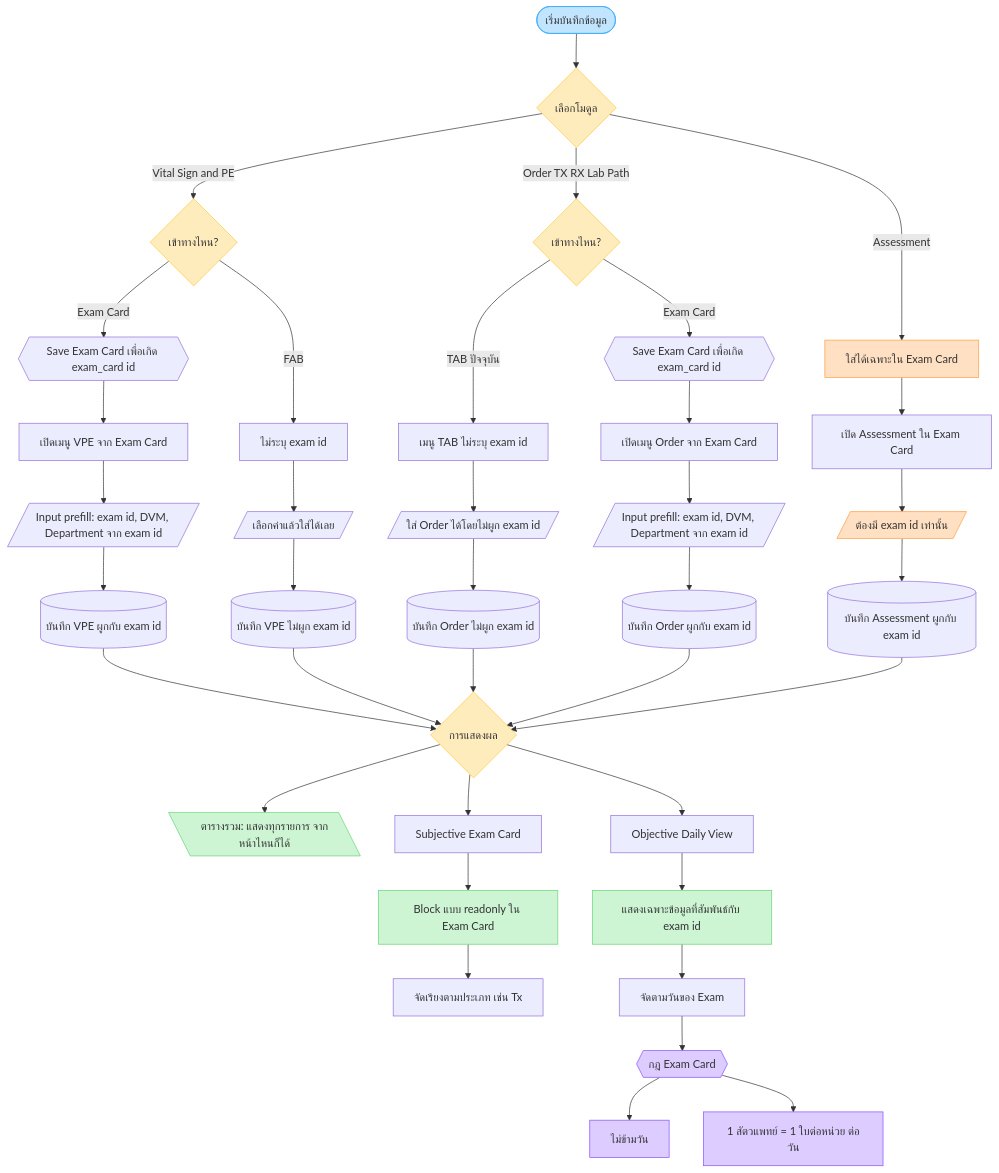
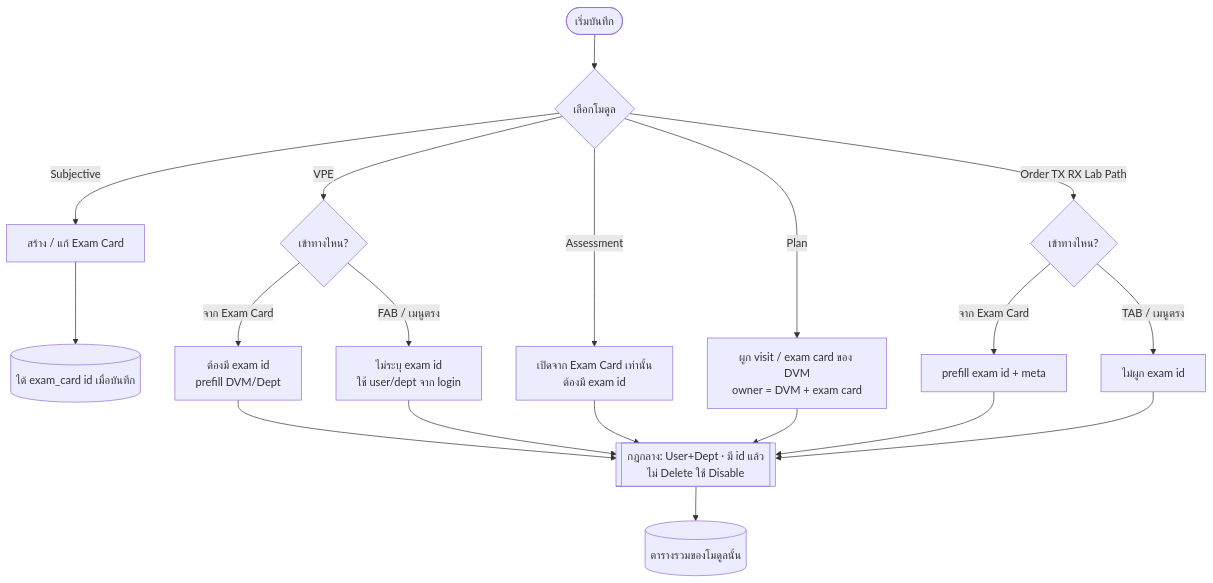
The fourth of 5 diagrams in NP/exam_card_logic_flowchart.md (imnipon/kahis), drawn with Mermaid before and after one commit. The commit also changed other lines of this file and 2 other files, not shown here.

First line of the commit message:
Update Exam Card workflow doc with system rules and mock conventions.

````diff
--- a/NP/exam_card_logic_flowchart.md
+++ b/NP/exam_card_logic_flowchart.md
@@ -5,64 +177,20 @@
 ```mermaid
 flowchart TD
-  start([เริ่มบันทึกข้อมูล]) --> chooseModule{เลือกโมดูล}
+  start([เริ่มบันทึก]) --> choose{เลือกโมดูล}
 
-  chooseModule -->|Vital Sign and PE| vpeEntry{เข้าทางไหน?}
-  chooseModule -->|Order TX RX Lab Path| orderEntry{เข้าทางไหน?}
-  chooseModule -->|Assessment| assessOnly[ใส่ได้เฉพาะใน Exam Card]
+  choose -->|Subjective| sub[สร้าง / แก้ Exam Card]
+  sub --> ecId[(ได้ exam_card id เมื่อบันทึก)]
 
-  %% VPE
-  vpeEntry -->|Exam Card| vpeSave{{Save Exam Card เพื่อเกิด exam_card id}}
-  vpeSave --> vpeOpen[เปิดเมนู VPE จาก Exam Card]
-  vpeOpen --> vpePrefill[/Input prefill: exam id, DVM, Department จาก exam id/]
-  vpePrefill --> vpeSaveData[(บันทึก VPE ผูกกับ exam id)]
+  choose -->|VPE| vpeIn{เข้าทางไหน?}
+  vpeIn -->|จาก Exam Card| vpeEc[ต้องมี exam id<br/>prefill DVM/Dept]
+  vpeIn -->|FAB / เมนูตรง| vpeFab[ไม่ระบุ exam id<br/>ใช้ user/dept จาก login]
 
-  vpeEntry -->|FAB| vpeFab[ไม่ระบุ exam id]
-  vpeFab --> vpeFabInput[/เลือกค่าแล้วใส่ได้เลย/]
-  vpeFabInput --> vpeFabSave[(บันทึก VPE ไม่ผูก exam id)]
+  choose -->|Assessment| asOnly[เปิดจาก Exam Card เท่านั้น<br/>ต้องมี exam id]
+  choose -->|Plan| planIn[ผูก visit / exam card ของ DVM<br/>owner = DVM + exam card]
+  choose -->|Order TX RX Lab Path| ordIn{เข้าทางไหน?}
+  ordIn -->|จาก Exam Card| ordEc[prefill exam id + meta]
+  ordIn -->|TAB / เมนูตรง| ordTab[ไม่ผูก exam id]
 
-  %% Order
-  orderEntry -->|TAB ปัจจุบัน| orderTab[เมนู TAB ไม่ระบุ exam id]
-  orderTab --> orderTabInput[/ใส่ Order ได้โดยไม่ผูก exam id/]
-  orderTabInput --> orderTabSave[(บันทึก Order ไม่ผูก exam id)]
-
-  orderEntry -->|Exam Card| orderSave{{Save Exam Card เพื่อเกิด exam_card id}}
-  orderSave --> orderOpen[เปิดเมนู Order จาก Exam Card]
-  orderOpen --> orderPrefill[/Input prefill: exam id, DVM, Department จาก exam id/]
-  orderPrefill --> orderSaveData[(บันทึก Order ผูกกับ exam id)]
-
-  %% Assessment
-  assessOnly --> assessOpen[เปิด Assessment ใน Exam Card]
-  assessOpen --> assessPrefill[/ต้องมี exam id เท่านั้น/]
-  assessPrefill --> assessSave[(บันทึก Assessment ผูกกับ exam id)]
-
-  %% Display
-  vpeSaveData & vpeFabSave & orderTabSave & orderSaveData & assessSave --> display{การแสดงผล}
-
-  display --> tableAll[\ตารางรวม: แสดงทุกรายการ จากหน้าไหนก็ได้\]
-  display --> subjective[Subjective Exam Card]
-  display --> dailyView[Objective Daily View]
-
-  subjective --> subReadonly[Block แบบ readonly ใน Exam Card]
-  subReadonly --> subArrange[จัดเรียงตามประเภท เช่น Tx]
-
-  dailyView --> dailyById[แสดงเฉพาะข้อมูลที่สัมพันธ์กับ exam id]
-  dailyById --> dailyByDay[จัดตามวันของ Exam]
-
-  dailyByDay --> examRule{{กฎ Exam Card}}
-  examRule --> rule1[ไม่ข้ามวัน]
-  examRule --> rule2[1 สัตวแพทย์ = 1 ใบต่อหน่วย ต่อวัน]
-
-  style start fill:#C2E5FF,stroke:#3DADFF
-  style chooseModule fill:#FFECBD,stroke:#FFC943
-  style vpeEntry fill:#FFECBD,stroke:#FFC943
-  style orderEntry fill:#FFECBD,stroke:#FFC943
-  style display fill:#FFECBD,stroke:#FFC943
-  style assessOnly fill:#FFE0C2,stroke:#FF9E42
-  style assessPrefill fill:#FFE0C2,stroke:#FF9E42
-  style examRule fill:#DCCCFF,stroke:#874FFF
-  style rule1 fill:#DCCCFF,stroke:#874FFF
-  style rule2 fill:#DCCCFF,stroke:#874FFF
-  style tableAll fill:#CDF4D3,stroke:#66D575
-  style subReadonly fill:#CDF4D3,stroke:#66D575
-  style dailyById fill:#CDF4D3,stroke:#66D575
+  vpeEc & vpeFab & asOnly & planIn & ordEc & ordTab --> saveRule[[กฎกลาง: User+Dept · มี id แล้วไม่ Delete ใช้ Disable]]
+  saveRule --> tables[(ตารางรวมของโมดูลนั้น)]
 ```
````
